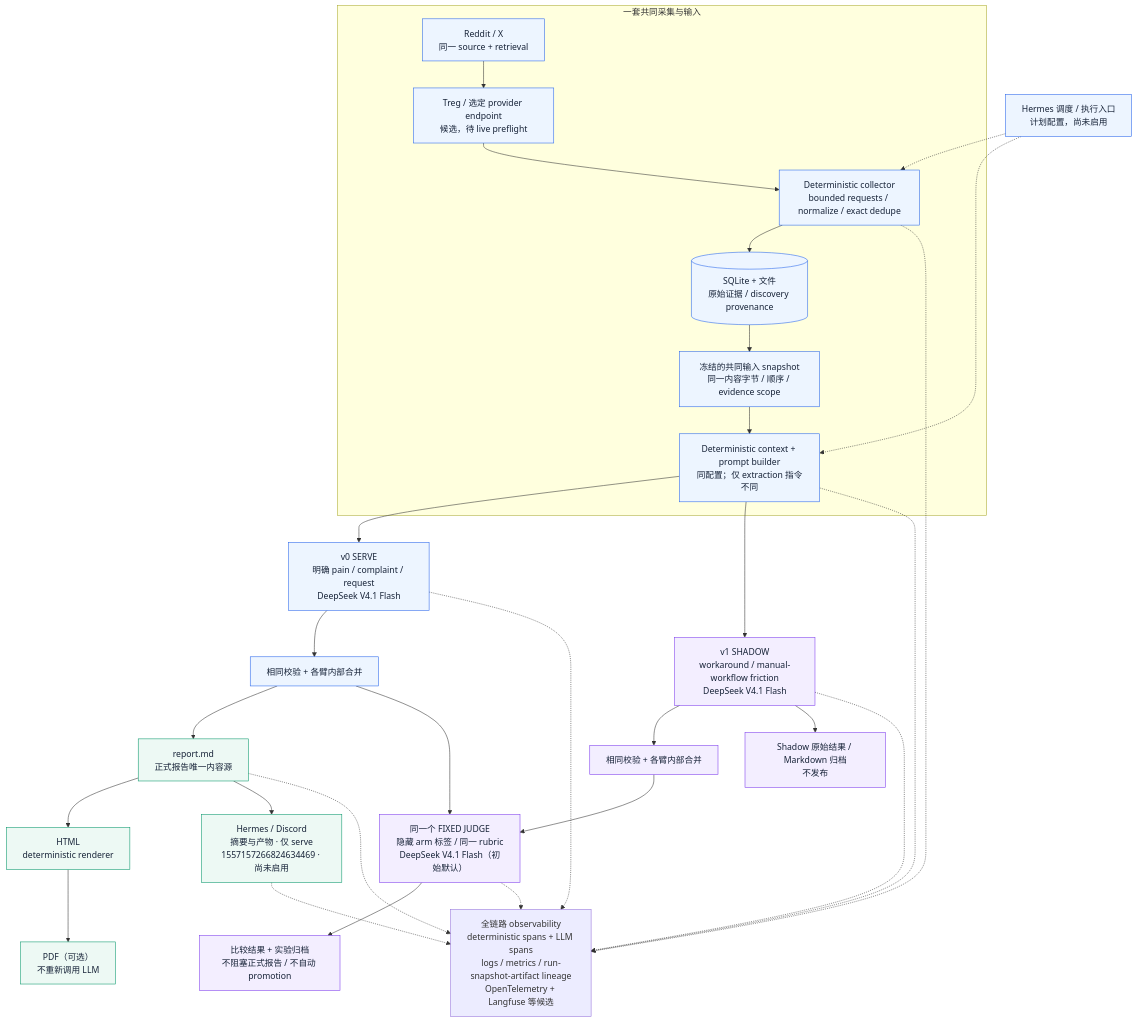
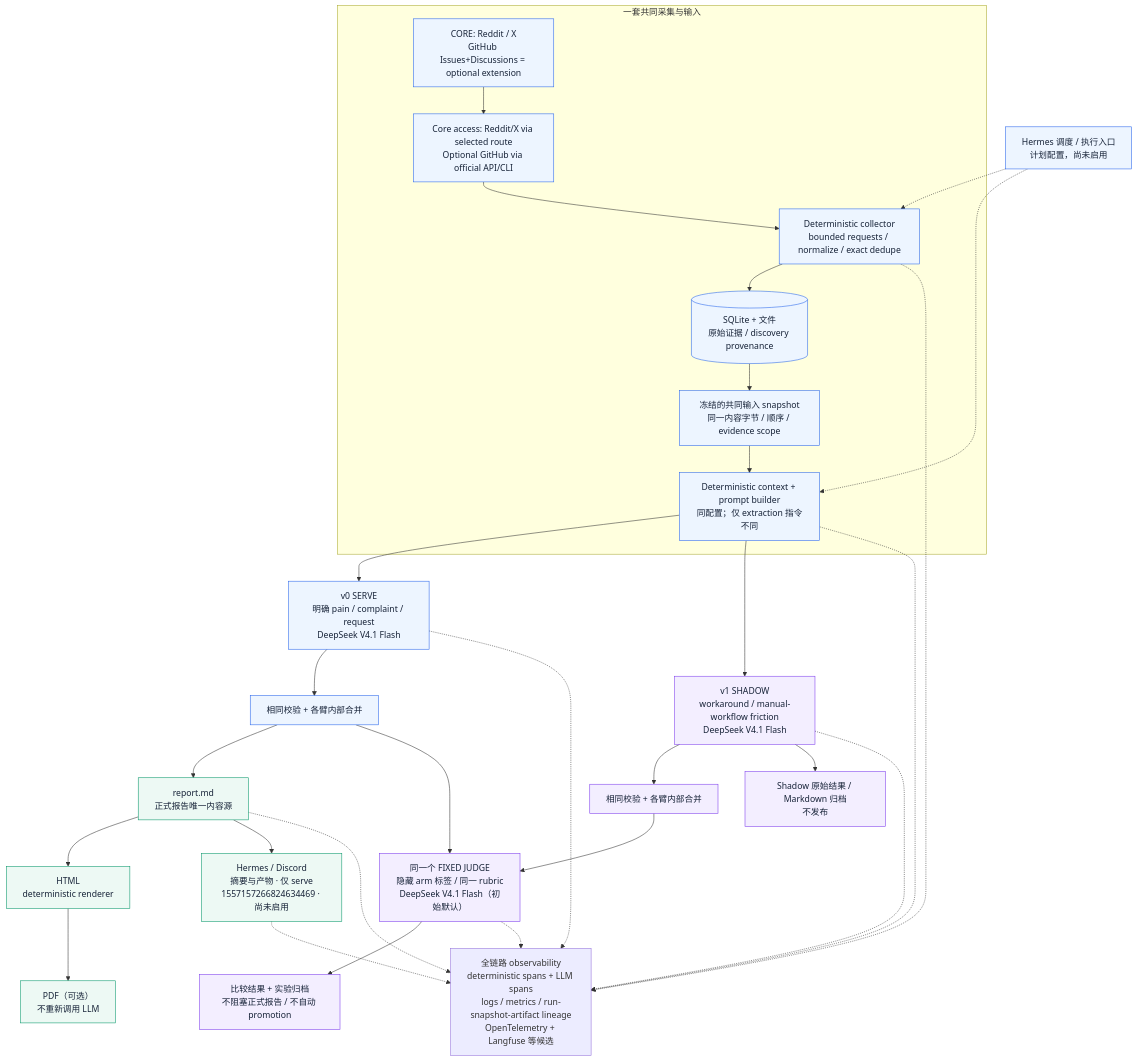
One commit to co1smos/need-radar changed the diagram in docs/architecture.md. Above: the diagram before and after it, drawn with Mermaid. The commit also changed other lines of this file and 9 other files, not shown here.

````diff
--- a/docs/architecture.md
+++ b/docs/architecture.md
@@ -43,41 +43,41 @@
 ```mermaid
 flowchart TB
   H["Hermes 调度 / 执行入口<br/>计划配置，尚未启用"]
   subgraph SHARED["一套共同采集与输入"]
-    SRC["Reddit / X<br/>同一 source + retrieval"]
-    T["Treg / 选定 provider endpoint<br/>候选，待 live preflight"]
+    SRC["CORE: Reddit / X<br/>GitHub Issues+Discussions = optional extension"]
+    T["Core access: Reddit/X via selected route<br/>Optional GitHub via official API/CLI"]
     C["Deterministic collector<br/>bounded requests / normalize / exact dedupe"]
     DB[("SQLite + 文件<br/>原始证据 / discovery provenance")]
     S["冻结的共同输入 snapshot<br/>同一内容字节 / 顺序 / evidence scope"]
     P["Deterministic context + prompt builder<br/>同配置；仅 extraction 指令不同"]
     SRC --> T --> C --> DB --> S --> P
   end
   H -.-> C
   H -.-> P
   P --> A["v0 SERVE<br/>明确 pain / complaint / request<br/>DeepSeek V4.1 Flash"]
   P --> B["v1 SHADOW<br/>workaround / manual-workflow friction<br/>DeepSeek V4.1 Flash"]
   A --> AV["相同校验 + 各臂内部合并"]
   B --> BV["相同校验 + 各臂内部合并"]
   AV --> MD["report.md<br/>正式报告唯一内容源"]
   MD --> HTML["HTML<br/>deterministic renderer"]
   HTML --> PDF["PDF（可选）<br/>不重新调用 LLM"]
   MD --> D["Hermes / Discord<br/>摘要与产物 · 仅 serve<br/>1557157266824634469 · 尚未启用"]
   AV --> J["同一个 FIXED JUDGE<br/>隐藏 arm 标签 / 同一 rubric<br/>DeepSeek V4.1 Flash（初始默认）"]
   BV --> J
   J --> E["比较结果 + 实验归档<br/>不阻塞正式报告 / 不自动 promotion"]
   B --> BA["Shadow 原始结果 / Markdown 归档<br/>不发布"]
   O["全链路 observability<br/>deterministic spans + LLM spans<br/>logs / metrics / run-snapshot-artifact lineage<br/>OpenTelemetry + Langfuse 等候选"]
   C -.-> O
   P -.-> O
   A -.-> O
   B -.-> O
   J -.-> O
   MD -.-> O
   D -.-> O
   classDef serving fill:#edf9f4,stroke:#059669,color:#172338
   classDef experiment fill:#f3eeff,stroke:#7c3aed,color:#172338
   classDef shared fill:#edf5ff,stroke:#2563eb,color:#172338
   class MD,HTML,PDF,D serving
   class B,BV,J,E,BA experiment
   class SRC,T,C,DB,S,P,H,A,AV shared
 ```
````
